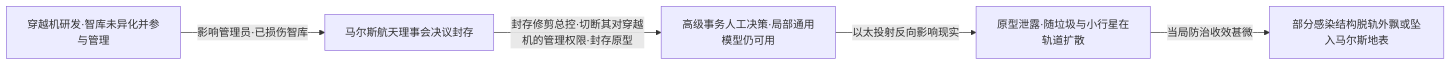
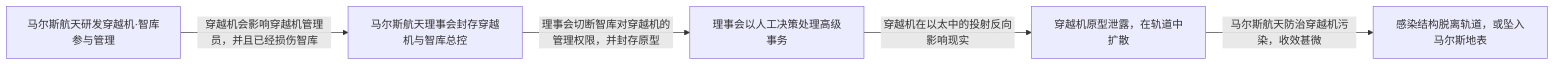
One commit to Estrella6066773/WorldCreate changed the eighth of 12 diagrams in 实体与关系网.md. Above: the diagram before and after it, drawn with Mermaid. The commit also changed other lines of this file and 12 other files, not shown here.

````diff
--- a/实体与关系网.md
+++ b/实体与关系网.md
@@ -429,7 +429,7 @@
 ```mermaid
 flowchart LR
-  A[穿越机研发·智库未异化并参与管理] -->|影响管理员·已损伤智库| B[马尔斯航天理事会决议封存]
-  B -->|封存修剪总控·切断其对穿越机的管理权限·封存原型| C[高级事务人工决策·局部通用模型仍可用]
-  C -->|以太投射反向影响现实| D[原型泄露·随垃圾与小行星在轨道扩散]
-  D -->|当局防治收效甚微| E[部分感染结构脱轨外飘或坠入马尔斯地表]
+  A[马尔斯航天研发穿越机·智库参与管理] -->|穿越机会影响穿越机管理员，并且已经损伤智库| B[马尔斯航天理事会封存穿越机与智库总控]
+  B -->|理事会切断智库对穿越机的管理权限，并封存原型| C[理事会以人工决策处理高级事务]
+  C -->|穿越机在以太中的投射反向影响现实| D[穿越机原型泄露，在轨道中扩散]
+  D -->|马尔斯航天防治穿越机污染，收效甚微| E[感染结构脱离轨道，或坠入马尔斯地表]
 ```
````
